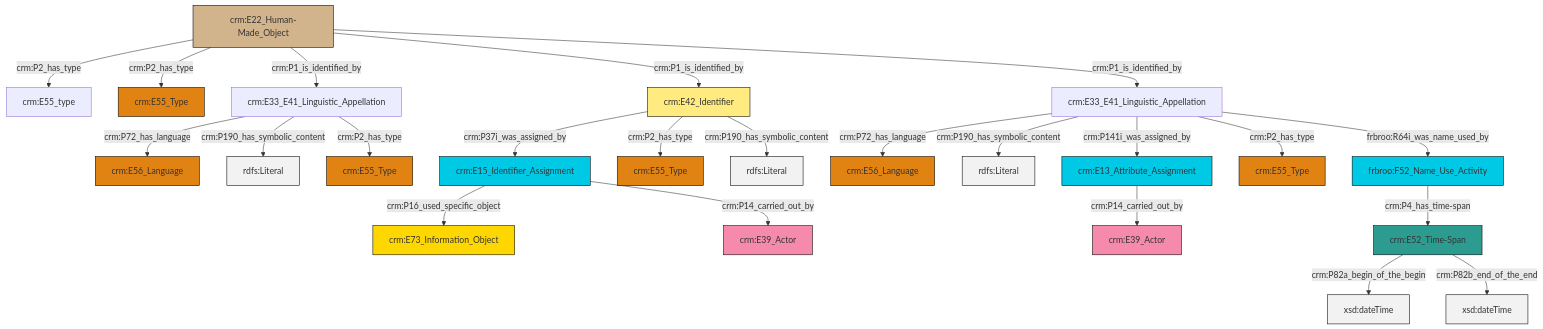
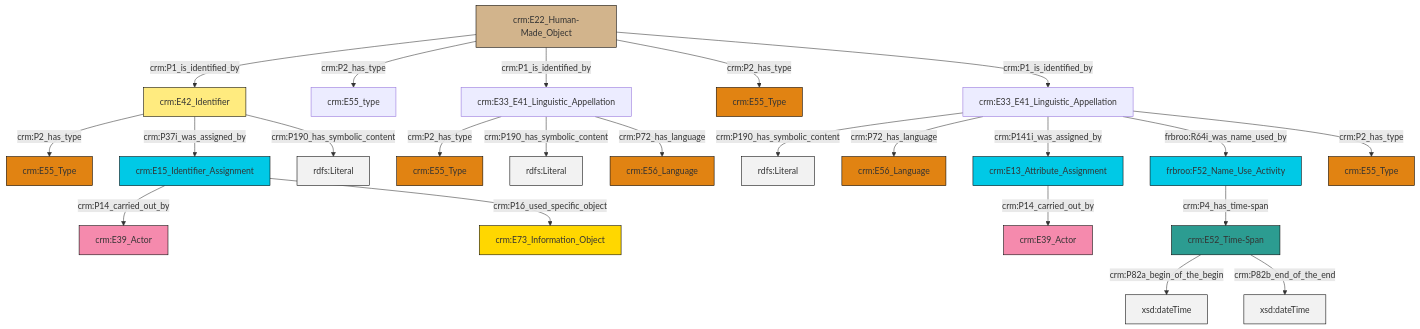
Before and after one commit to swiss-art-research-net/reference-data-models: the diagram in et/artworkCSV/ttl/mmd/Artwork_Name.ttl.mmd, drawn with Mermaid. The commit also changed 128 other files, not shown here.

```diff
--- a/et/artworkCSV/ttl/mmd/Artwork_Name.ttl.mmd
+++ b/et/artworkCSV/ttl/mmd/Artwork_Name.ttl.mmd
@@ -1,37 +1,37 @@
 graph TD
 classDef Literal fill:#f2f2f2,stroke:#000000;
 classDef CRM_Entity fill:#FFFFFF,stroke:#000000;
 classDef Temporal_Entity fill:#00C9E6, stroke:#000000;
 classDef Type fill:#E18312, stroke:#000000;
 classDef Time-Span fill:#2C9C91, stroke:#000000;
 classDef Appellation fill:#FFEB7F, stroke:#000000;
 classDef Place fill:#008836, stroke:#000000;
 classDef Persistent_Item fill:#B266B2, stroke:#000000;
 classDef Conceptual_Object fill:#FFD700, stroke:#000000;
 classDef Physical_Thing fill:#D2B48C, stroke:#000000;
 classDef Actor fill:#f58aad, stroke:#000000;
 classDef PC_Classes fill:#4ce600, stroke:#000000;
 classDef Multi fill:#cccccc,stroke:#000000;
 
-2["frbroo:F52_Name_Use_Activity"]:::Temporal_Entity -->|crm:P4_has_time-span| 3["crm:E52_Time-Span"]:::Time-Span
-6["crm:E33_E41_Linguistic_Appellation"]:::Default -->|crm:P72_has_language| 7["crm:E56_Language"]:::Type
-8["crm:E15_Identifier_Assignment"]:::Temporal_Entity -->|crm:P16_used_specific_object| 9["crm:E73_Information_Object"]:::Conceptual_Object
-0["crm:E22_Human-Made_Object"]:::Physical_Thing -->|crm:P2_has_type| 10["crm:E55_type"]:::Default
-0["crm:E22_Human-Made_Object"]:::Physical_Thing -->|crm:P2_has_type| 11["crm:E55_Type"]:::Type
-15["crm:E42_Identifier"]:::Appellation -->|crm:P37i_was_assigned_by| 8["crm:E15_Identifier_Assignment"]:::Temporal_Entity
-6["crm:E33_E41_Linguistic_Appellation"]:::Default -->|crm:P190_has_symbolic_content| 20[rdfs:Literal]:::Literal
-21["crm:E33_E41_Linguistic_Appellation"]:::Default -->|crm:P72_has_language| 22["crm:E56_Language"]:::Type
-0["crm:E22_Human-Made_Object"]:::Physical_Thing -->|crm:P1_is_identified_by| 6["crm:E33_E41_Linguistic_Appellation"]:::Default
-21["crm:E33_E41_Linguistic_Appellation"]:::Default -->|crm:P190_has_symbolic_content| 24[rdfs:Literal]:::Literal
-21["crm:E33_E41_Linguistic_Appellation"]:::Default -->|crm:P141i_was_assigned_by| 25["crm:E13_Attribute_Assignment"]:::Temporal_Entity
-21["crm:E33_E41_Linguistic_Appellation"]:::Default -->|crm:P2_has_type| 26["crm:E55_Type"]:::Type
-6["crm:E33_E41_Linguistic_Appellation"]:::Default -->|crm:P2_has_type| 4["crm:E55_Type"]:::Type
-3["crm:E52_Time-Span"]:::Time-Span -->|crm:P82a_begin_of_the_begin| 27[xsd:dateTime]:::Literal
-8["crm:E15_Identifier_Assignment"]:::Temporal_Entity -->|crm:P14_carried_out_by| 29["crm:E39_Actor"]:::Actor
-25["crm:E13_Attribute_Assignment"]:::Temporal_Entity -->|crm:P14_carried_out_by| 13["crm:E39_Actor"]:::Actor
-0["crm:E22_Human-Made_Object"]:::Physical_Thing -->|crm:P1_is_identified_by| 15["crm:E42_Identifier"]:::Appellation
-3["crm:E52_Time-Span"]:::Time-Span -->|crm:P82b_end_of_the_end| 33[xsd:dateTime]:::Literal
-15["crm:E42_Identifier"]:::Appellation -->|crm:P2_has_type| 34["crm:E55_Type"]:::Type
-0["crm:E22_Human-Made_Object"]:::Physical_Thing -->|crm:P1_is_identified_by| 21["crm:E33_E41_Linguistic_Appellation"]:::Default
-21["crm:E33_E41_Linguistic_Appellation"]:::Default -->|frbroo:R64i_was_name_used_by| 2["frbroo:F52_Name_Use_Activity"]:::Temporal_Entity
-15["crm:E42_Identifier"]:::Appellation -->|crm:P190_has_symbolic_content| 40[rdfs:Literal]:::Literal
+0["crm:E13_Attribute_Assignment"]:::Temporal_Entity -->|crm:P14_carried_out_by| 1["crm:E39_Actor"]:::Actor
+2["crm:E42_Identifier"]:::Appellation -->|crm:P2_has_type| 3["crm:E55_Type"]:::Type
+12["crm:E33_E41_Linguistic_Appellation"]:::Default -->|crm:P190_has_symbolic_content| 13[rdfs:Literal]:::Literal
+10["crm:E15_Identifier_Assignment"]:::Temporal_Entity -->|crm:P14_carried_out_by| 18["crm:E39_Actor"]:::Actor
+12["crm:E33_E41_Linguistic_Appellation"]:::Default -->|crm:P72_has_language| 19["crm:E56_Language"]:::Type
+26["crm:E22_Human-Made_Object"]:::Physical_Thing -->|crm:P1_is_identified_by| 2["crm:E42_Identifier"]:::Appellation
+14["frbroo:F52_Name_Use_Activity"]:::Temporal_Entity -->|crm:P4_has_time-span| 27["crm:E52_Time-Span"]:::Time-Span
+12["crm:E33_E41_Linguistic_Appellation"]:::Default -->|crm:P141i_was_assigned_by| 0["crm:E13_Attribute_Assignment"]:::Temporal_Entity
+2["crm:E42_Identifier"]:::Appellation -->|crm:P37i_was_assigned_by| 10["crm:E15_Identifier_Assignment"]:::Temporal_Entity
+27["crm:E52_Time-Span"]:::Time-Span -->|crm:P82a_begin_of_the_begin| 29[xsd:dateTime]:::Literal
+26["crm:E22_Human-Made_Object"]:::Physical_Thing -->|crm:P2_has_type| 23["crm:E55_type"]:::Default
+27["crm:E52_Time-Span"]:::Time-Span -->|crm:P82b_end_of_the_end| 32[xsd:dateTime]:::Literal
+26["crm:E22_Human-Made_Object"]:::Physical_Thing -->|crm:P1_is_identified_by| 4["crm:E33_E41_Linguistic_Appellation"]:::Default
+26["crm:E22_Human-Made_Object"]:::Physical_Thing -->|crm:P2_has_type| 8["crm:E55_Type"]:::Type
+10["crm:E15_Identifier_Assignment"]:::Temporal_Entity -->|crm:P16_used_specific_object| 16["crm:E73_Information_Object"]:::Conceptual_Object
+26["crm:E22_Human-Made_Object"]:::Physical_Thing -->|crm:P1_is_identified_by| 12["crm:E33_E41_Linguistic_Appellation"]:::Default
+12["crm:E33_E41_Linguistic_Appellation"]:::Default -->|frbroo:R64i_was_name_used_by| 14["frbroo:F52_Name_Use_Activity"]:::Temporal_Entity
+2["crm:E42_Identifier"]:::Appellation -->|crm:P190_has_symbolic_content| 35[rdfs:Literal]:::Literal
+4["crm:E33_E41_Linguistic_Appellation"]:::Default -->|crm:P2_has_type| 20["crm:E55_Type"]:::Type
+12["crm:E33_E41_Linguistic_Appellation"]:::Default -->|crm:P2_has_type| 38["crm:E55_Type"]:::Type
+4["crm:E33_E41_Linguistic_Appellation"]:::Default -->|crm:P190_has_symbolic_content| 40[rdfs:Literal]:::Literal
+4["crm:E33_E41_Linguistic_Appellation"]:::Default -->|crm:P72_has_language| 6["crm:E56_Language"]:::Type
```
